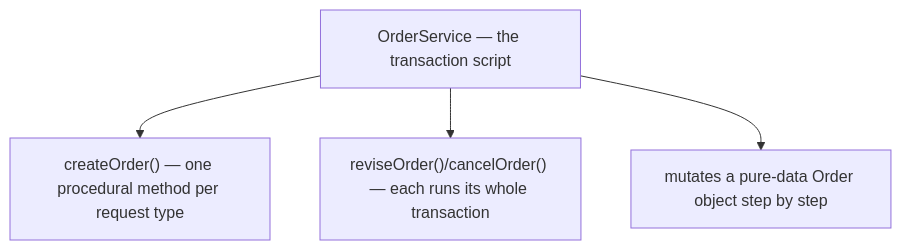
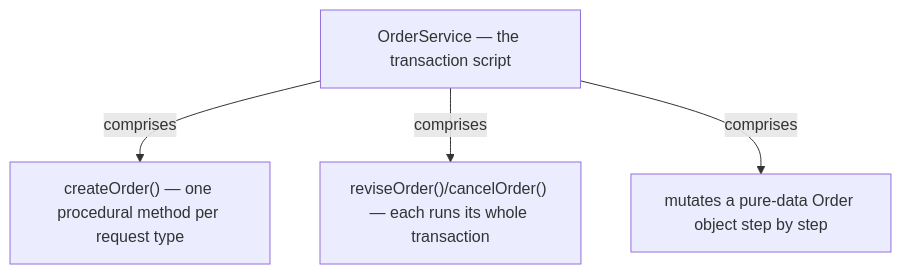
Before and after one commit to vinayakuber/microservices-io-study-guide: the fifth of 13 diagrams in docs/ch20-transaction-script.md, drawn with Mermaid. The commit also changed other lines of this file and 71 other files, not shown here.

First line of the commit message:
R18: label every diagram arrow with its meaning

````diff
--- a/docs/ch20-transaction-script.md
+++ b/docs/ch20-transaction-script.md
@@ -169,7 +169,7 @@
 ```mermaid
 flowchart TD
   R["OrderService — the transaction script"]
-  R --> P0["createOrder() — one procedural method per request type"]
-  R --> P1["reviseOrder()/cancelOrder() — each runs its whole transaction"]
-  R --> P2["mutates a pure-data Order object step by step"]
+  R -->|"comprises"| P0["createOrder() — one procedural method per request type"]
+  R -->|"comprises"| P1["reviseOrder()/cancelOrder() — each runs its whole transaction"]
+  R -->|"comprises"| P2["mutates a pure-data Order object step by step"]
 ```
````
